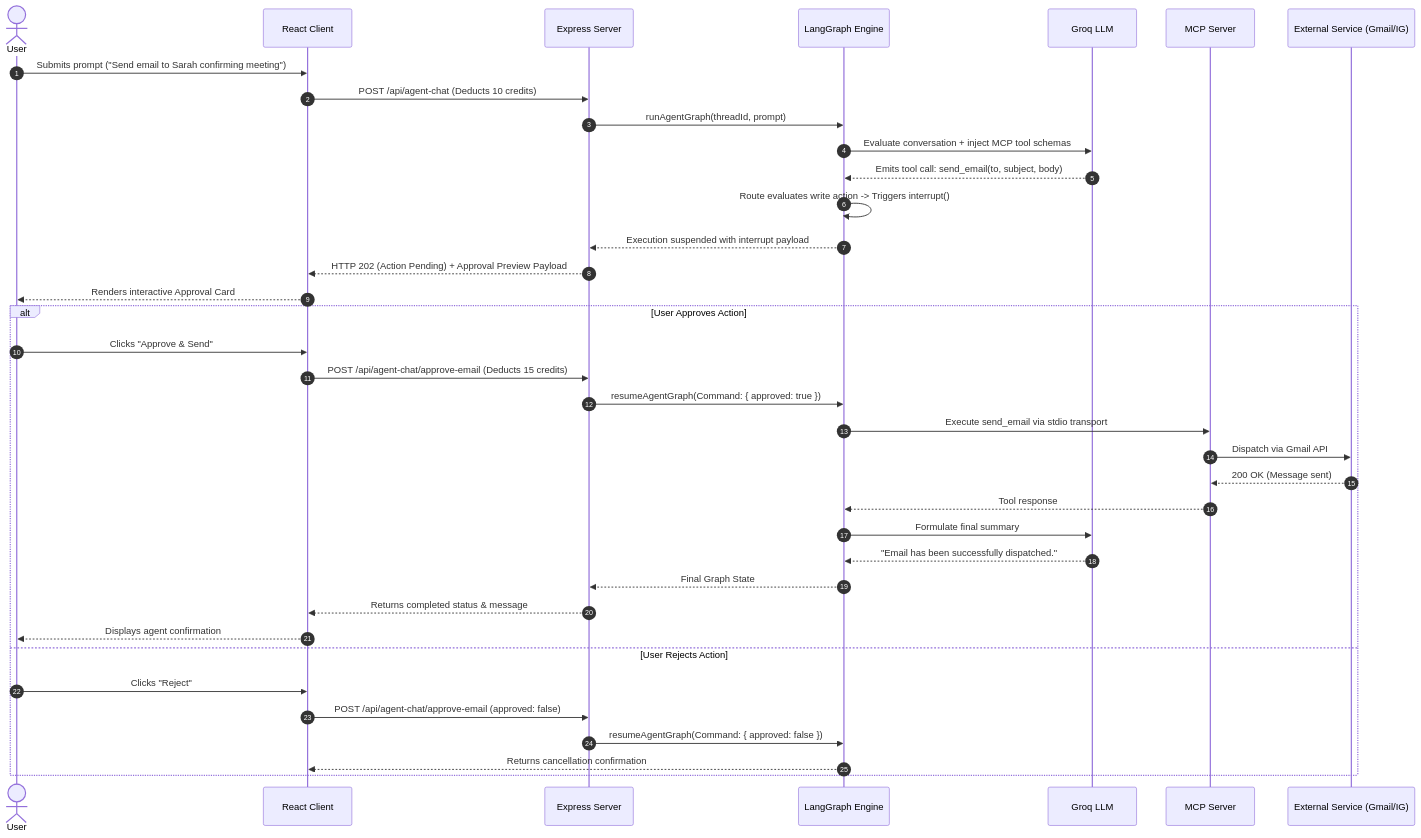
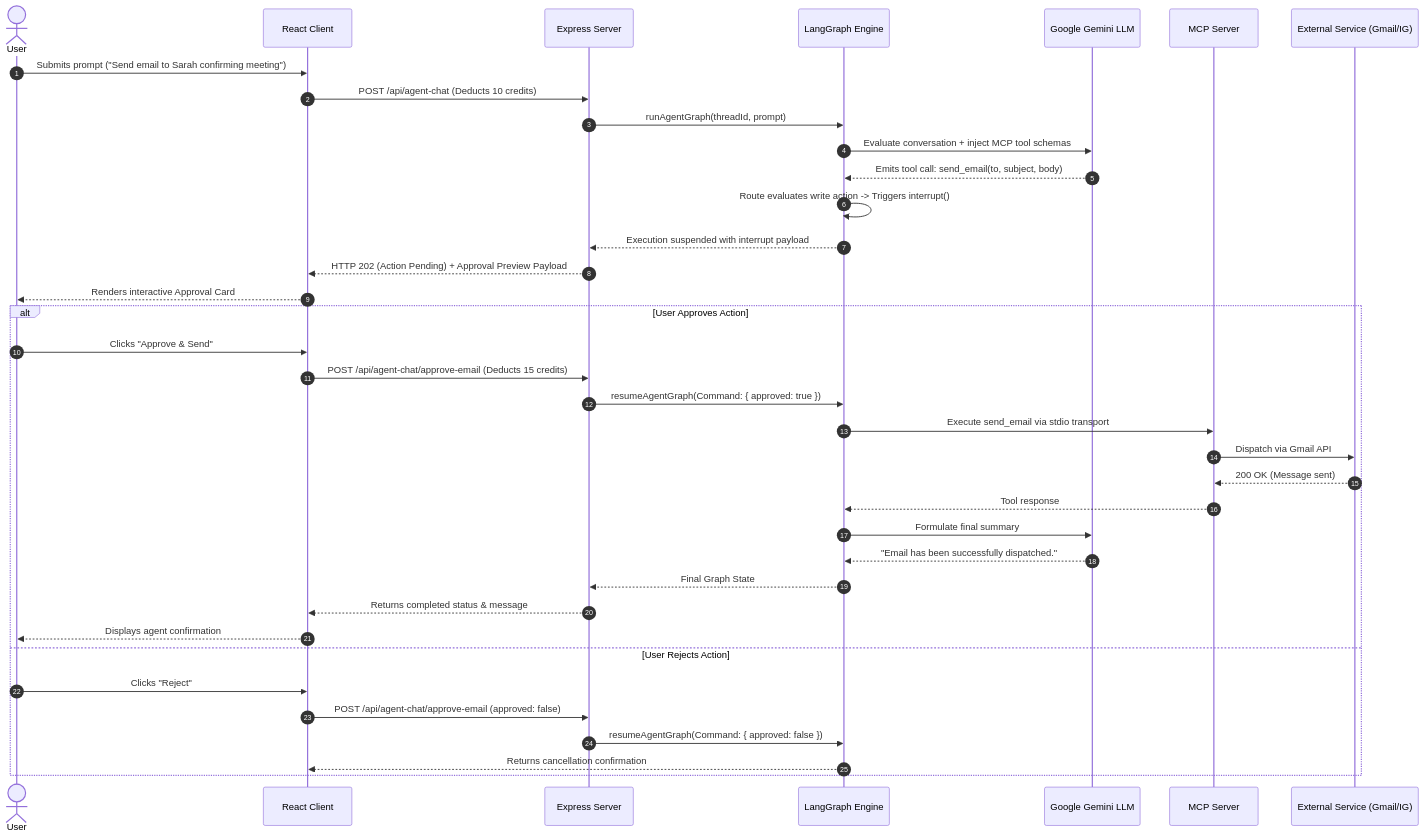
The second of 2 diagrams in README.md (GiTerminator333/Automate-AI), drawn with Mermaid before and after one commit. The commit also changed other lines of this file and 11 other files, not shown here.

Commit message:
integrate Google Gemini inference and add backend MCP server implementation

````diff
--- a/README.md
+++ b/README.md
@@ -99,41 +99,41 @@
 ```mermaid
 sequenceDiagram
     autonumber
     actor User as User
     participant FE as React Client
     participant BE as Express Server
     participant LG as LangGraph Engine
-    participant LLM as Groq LLM
+    participant LLM as Google Gemini LLM
     participant MCP as MCP Server
     participant API as External Service (Gmail/IG)
 
     User->>FE: Submits prompt ("Send email to Sarah confirming meeting")
     FE->>BE: POST /api/agent-chat (Deducts 10 credits)
     BE->>LG: runAgentGraph(threadId, prompt)
     LG->>LLM: Evaluate conversation + inject MCP tool schemas
     LLM-->>LG: Emits tool call: send_email(to, subject, body)
     LG->>LG: Route evaluates write action -> Triggers interrupt()
     LG-->>BE: Execution suspended with interrupt payload
     BE-->>FE: HTTP 202 (Action Pending) + Approval Preview Payload
     FE-->>User: Renders interactive Approval Card
     
     alt User Approves Action
         User->>FE: Clicks "Approve & Send"
         FE->>BE: POST /api/agent-chat/approve-email (Deducts 15 credits)
         BE->>LG: resumeAgentGraph(Command: { approved: true })
         LG->>MCP: Execute send_email via stdio transport
         MCP->>API: Dispatch via Gmail API
         API-->>MCP: 200 OK (Message sent)
         MCP-->>LG: Tool response
         LG->>LLM: Formulate final summary
         LLM-->>LG: "Email has been successfully dispatched."
         LG-->>BE: Final Graph State
         BE-->>FE: Returns completed status & message
         FE-->>User: Displays agent confirmation
     else User Rejects Action
         User->>FE: Clicks "Reject"
         FE->>BE: POST /api/agent-chat/approve-email (approved: false)
         BE->>LG: resumeAgentGraph(Command: { approved: false })
         LG-->>FE: Returns cancellation confirmation
     end
 ```
````
